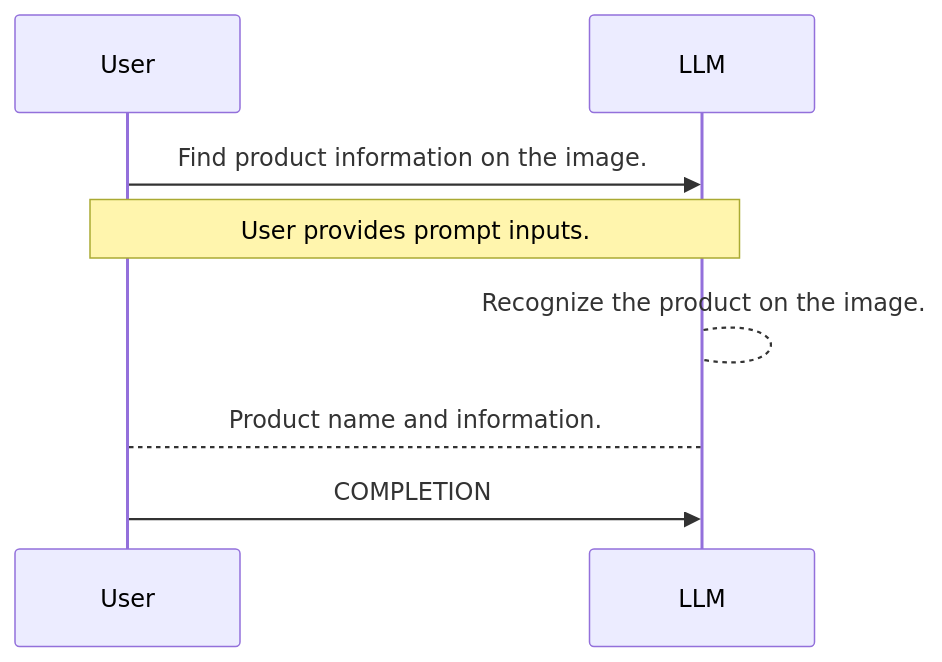
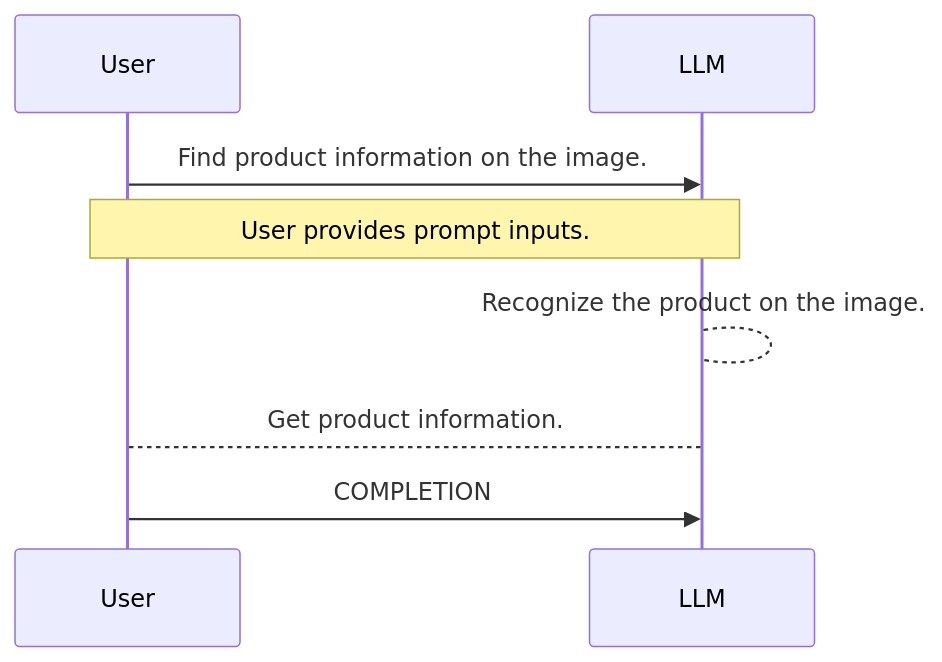
The first of 4 diagrams in _posts/2024-11-31-service-as-a-software.md (yueguoguo/yueguoguo.github.io), drawn with Mermaid before and after one commit. The commit also changed other lines of this file, not shown here.

Commit message:
update diagrams

```diff
--- a/_posts/2024-11-31-service-as-a-software.md
+++ b/_posts/2024-11-31-service-as-a-software.md
@@ -130,8 +130,8 @@
 <div class="mermaid">
 sequenceDiagram
     User->>LLM: Find product information on the image.
     Note over User,LLM: User provides prompt inputs.
     LLM-->LLM: Recognize the product on the image. 
-    LLM-->User: Product name and information.
+    LLM-->User: Get product information.
     User->>LLM: COMPLETION
 </div>
```
